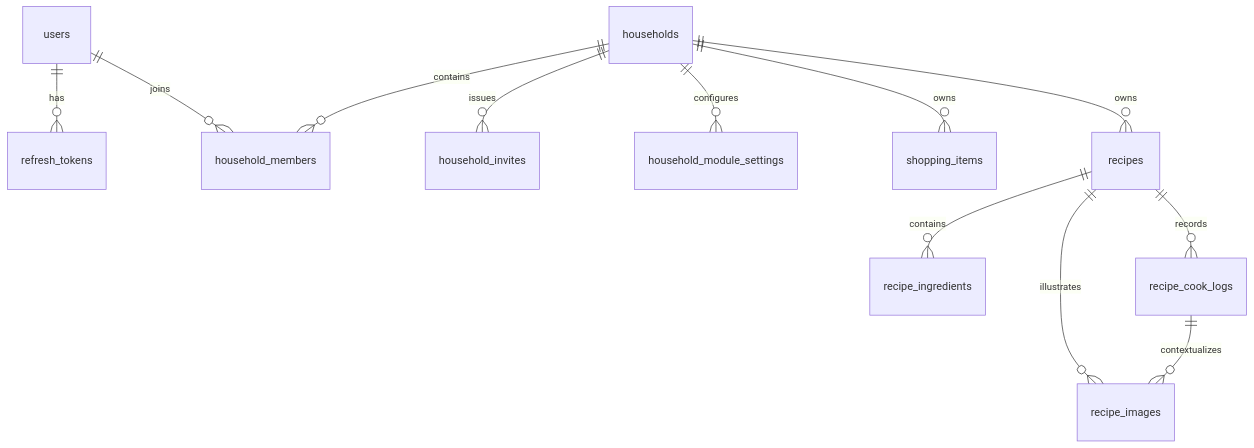
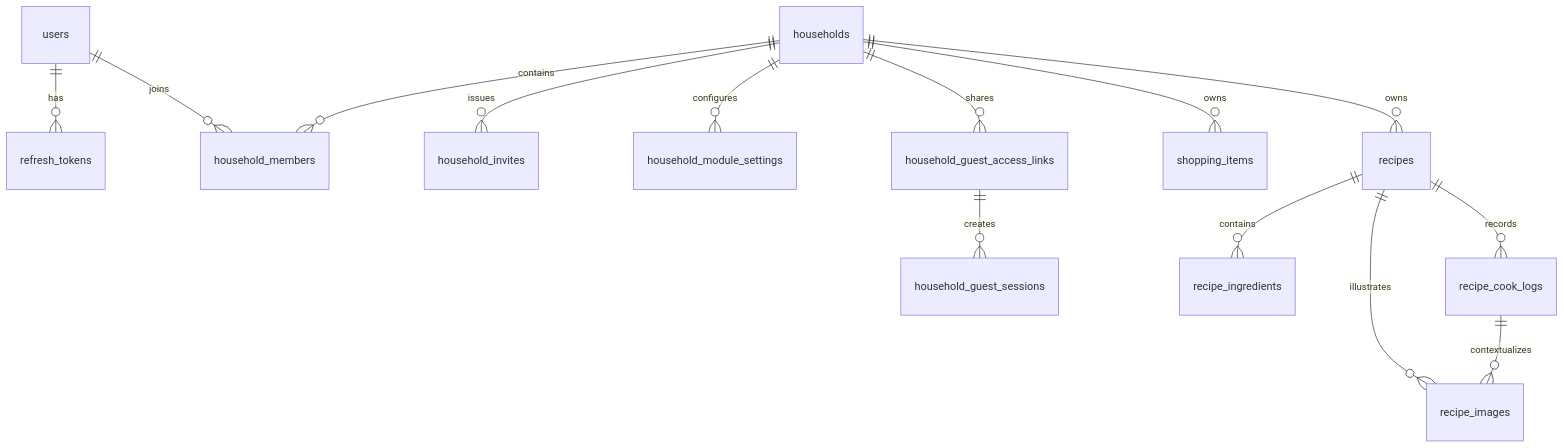
One commit to arturchichorro/home-hub changed the diagram in docs/data-model.md. Above: the diagram before and after it, drawn with Mermaid. The commit also changed other lines of this file and 11 other files, not shown here.

````diff
--- a/docs/data-model.md
+++ b/docs/data-model.md
@@ -21,14 +21,16 @@
 ```mermaid
 erDiagram
   users ||--o{ refresh_tokens : has
   users ||--o{ household_members : joins
   households ||--o{ household_members : contains
   households ||--o{ household_invites : issues
   households ||--o{ household_module_settings : configures
+  households ||--o{ household_guest_access_links : shares
+  household_guest_access_links ||--o{ household_guest_sessions : creates
   households ||--o{ shopping_items : owns
   households ||--o{ recipes : owns
   recipes ||--o{ recipe_ingredients : contains
   recipes ||--o{ recipe_cook_logs : records
   recipes ||--o{ recipe_images : illustrates
   recipe_cook_logs ||--o{ recipe_images : contextualizes
 ```
````
